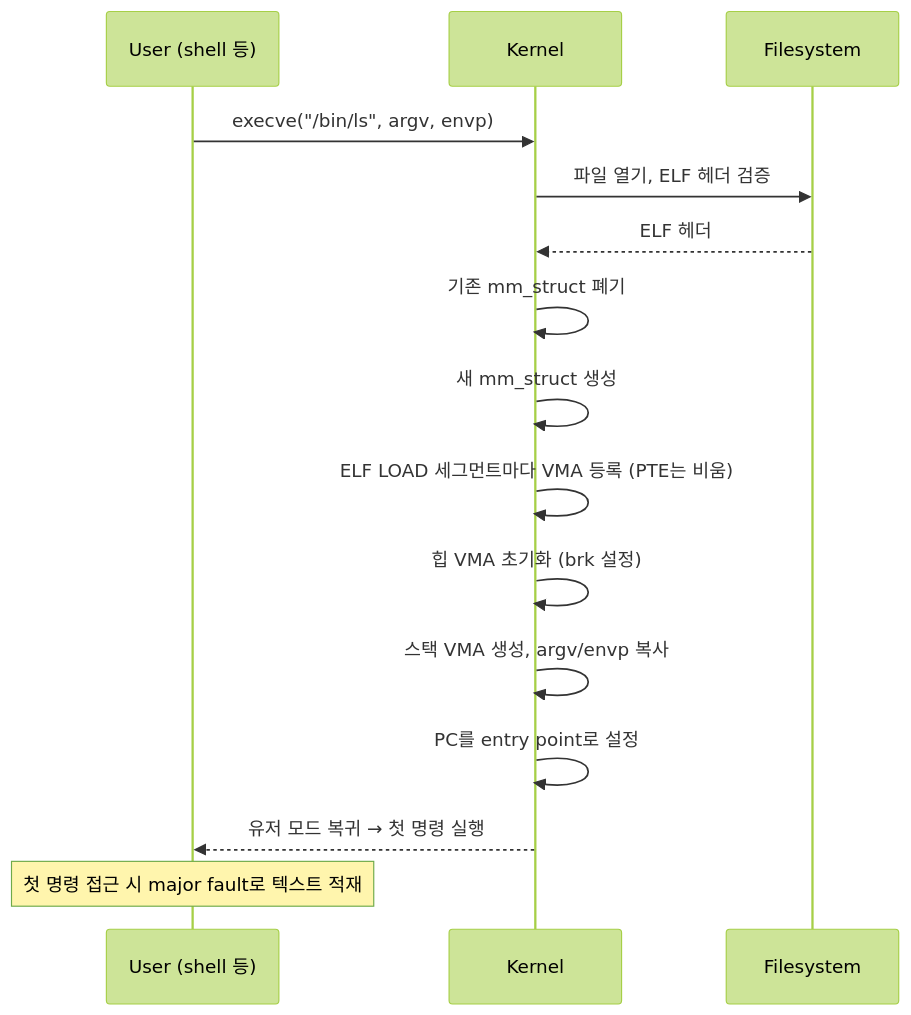
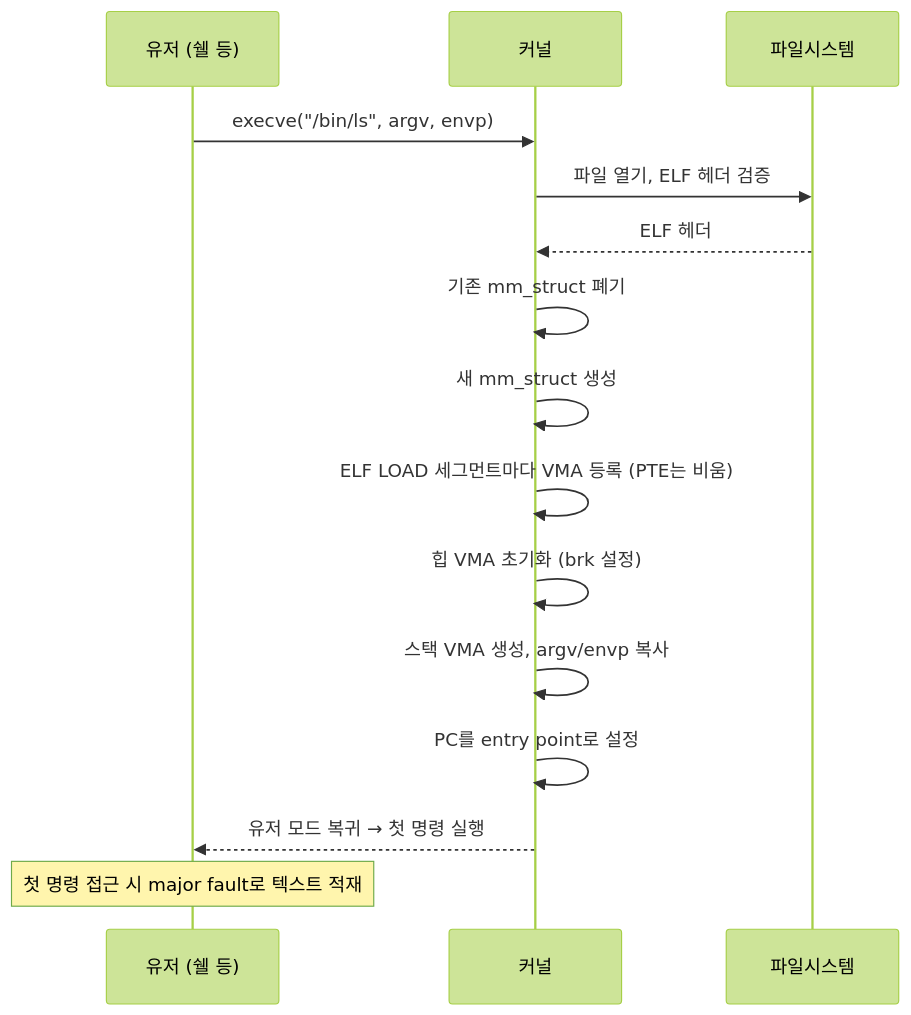
The diagram in docs/blog/concepts/12-execve-and-program-loading.md (Jungle-12-303/wk07_6), drawn with Mermaid (forest theme) before and after one commit. The commit also changed other lines of this file and 26 other files, not shown here.

First line of the commit message:
docs: 블로그 소제목·Mermaid·ASCII 박스 가독성 정비

````diff
--- a/docs/blog/concepts/12-execve-and-program-loading.md
+++ b/docs/blog/concepts/12-execve-and-program-loading.md
@@ -17,17 +17,17 @@
 ```mermaid
 sequenceDiagram
-    participant U as User (shell 등)
-    participant K as Kernel
-    participant FS as Filesystem
+    participant U as 유저 (쉘 등)
+    participant K as 커널
+    participant FS as 파일시스템
     U->>K: execve("/bin/ls", argv, envp)
     K->>FS: 파일 열기, ELF 헤더 검증
     FS-->>K: ELF 헤더
     K->>K: 기존 mm_struct 폐기
     K->>K: 새 mm_struct 생성
     K->>K: ELF LOAD 세그먼트마다 VMA 등록 (PTE는 비움)
     K->>K: 힙 VMA 초기화 (brk 설정)
     K->>K: 스택 VMA 생성, argv/envp 복사
     K->>K: PC를 entry point로 설정
     K-->>U: 유저 모드 복귀 → 첫 명령 실행
     Note over U: 첫 명령 접근 시 major fault로 텍스트 적재
 ```
````
